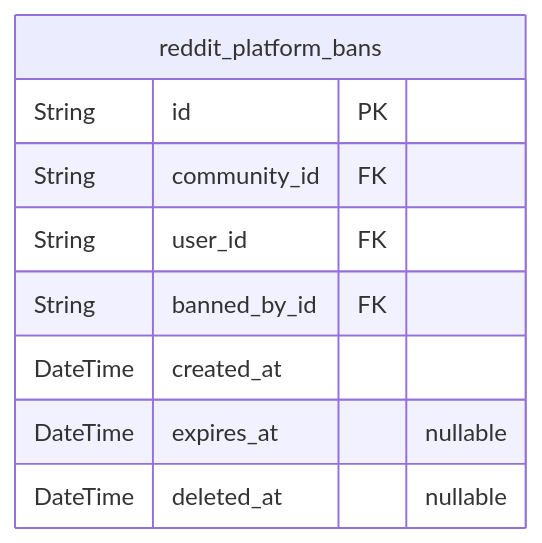
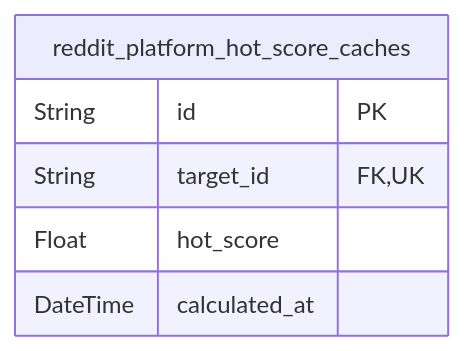
One commit to wrtnlabs/autobe-examples changed the ninth of 9 diagrams in qwen/qwen3-coder-next/reddit/docs/ERD.md. Above: the diagram before and after it, drawn with Mermaid. The commit also changed other lines of this file and 3171 other files, not shown here.

````diff
--- a/qwen/qwen3-coder-next/reddit/docs/ERD.md
+++ b/qwen/qwen3-coder-next/reddit/docs/ERD.md
@@ -1116,12 +1033,9 @@
 ```mermaid
 erDiagram
-"reddit_platform_bans" {
+"reddit_platform_hot_score_caches" {
   String id PK
-  String community_id FK
-  String user_id FK
-  String banned_by_id FK
-  DateTime created_at
-  DateTime expires_at "nullable"
-  DateTime deleted_at "nullable"
+  String target_id FK,UK
+  Float hot_score
+  DateTime calculated_at
 }
 ```
````
